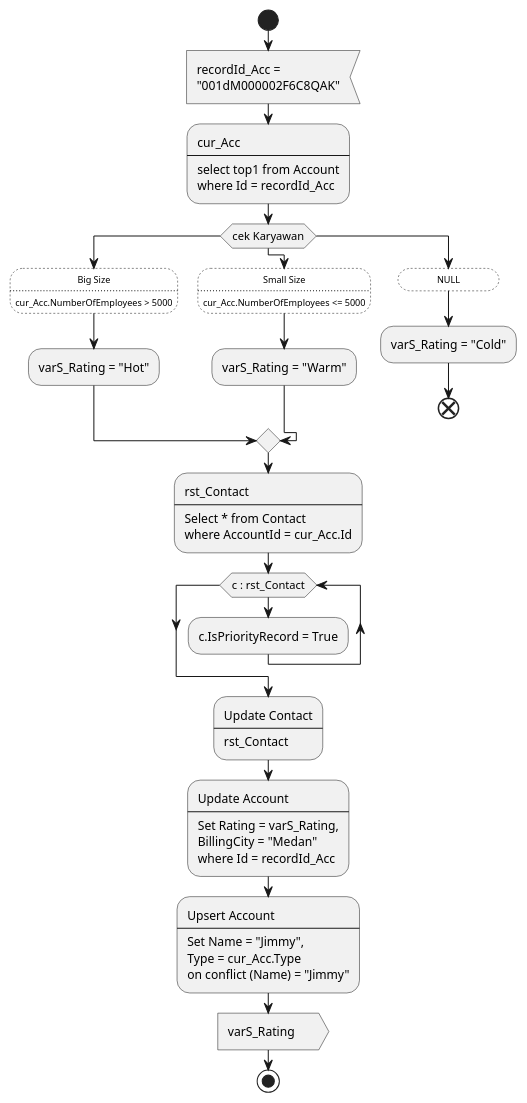
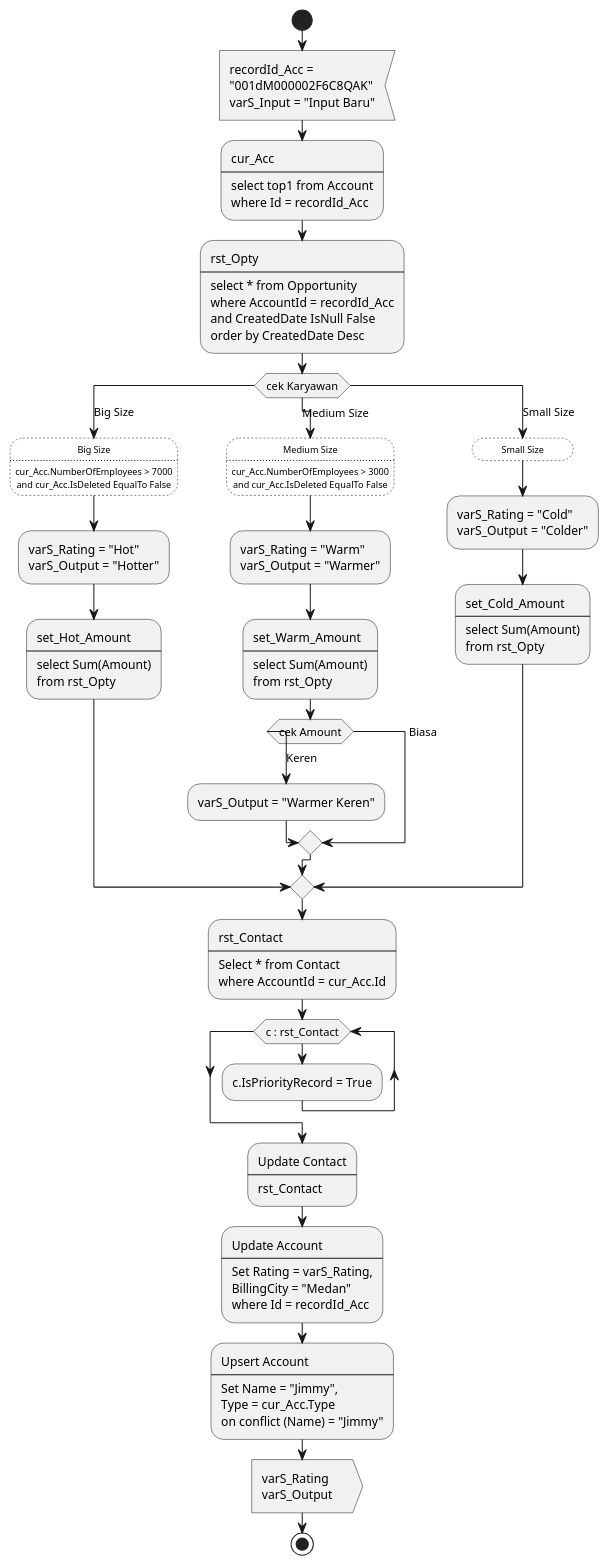
One commit to jimmytobing/meta_to_puml changed the diagram in CAkep.puml. Above: the diagram before and after it, drawn with PlantUML. The commit also changed 10 other files, not shown here.

```diff
--- a/CAkep.puml
+++ b/CAkep.puml
@@ -1,69 +1,106 @@
 @startuml
 <style>
     element {
         MinimumWidth 100
-        MaximumWidth 180
+        MaximumWidth 200
     }
     .kondisi {
         FontSize 9
         Padding 5
         LineStyle 2
         BackGroundColor transparent
         HorizontalAlignment center
     }
 </style>
 skinparam defaultFontName "verdana"
 
 start
-:recordId_Acc = "001dM000002F6C8QAK";<<input>>
+:recordId_Acc = "001dM000002F6C8QAK"
+varS_Input = "Input Baru";<<input>>
 
 :cur_Acc 
 ----
 select top1 from Account 
 where Id = recordId_Acc;
 
+:rst_Opty 
+----
+select * from Opportunity 
+where AccountId = recordId_Acc
+and CreatedDate IsNull False
+order by CreatedDate Desc;
+
 switch (cek Karyawan)
-case ()
+case (Big Size)
     :Big Size
     ....
-    cur_Acc.NumberOfEmployees > 5000;<<kondisi>>
-    :varS_Rating = "Hot"; 
-case ()
-    :Small Size
+    cur_Acc.NumberOfEmployees > 7000
+    and cur_Acc.IsDeleted EqualTo False;<<kondisi>>
+    
+    :varS_Rating = "Hot"
+    varS_Output = "Hotter"; 
+
+    :set_Hot_Amount
+    ----
+    select Sum(Amount)
+    from rst_Opty;
+case (Medium Size)
+    :Medium Size
     ....
-    cur_Acc.NumberOfEmployees <= 5000;<<kondisi>>
-    :varS_Rating = "Warm"; 
-case ()
-    :NULL;<<kondisi>>
-    :varS_Rating = "Cold"; 
-    end
+    cur_Acc.NumberOfEmployees > 3000
+    and cur_Acc.IsDeleted EqualTo False;<<kondisi>>
+    
+    :varS_Rating = "Warm"
+    varS_Output = "Warmer"; 
+
+    :set_Warm_Amount
+    ----
+    select Sum(Amount)
+    from rst_Opty;
+
+    switch(cek Amount)
+        case (Keren)
+            :varS_Output = "Warmer Keren";
+        case (Biasa)
+    endswitch
+case (Small Size)
+    :Small Size;<<kondisi>>
+    
+    :varS_Rating = "Cold"
+    varS_Output = "Colder"; 
+
+    :set_Cold_Amount
+    ----
+    select Sum(Amount)
+    from rst_Opty;
 endswitch
 
 :rst_Contact 
 ----
 Select * from Contact 
 where AccountId = cur_Acc.Id;
 
 while(c : rst_Contact)
     :c.IsPriorityRecord = True;
 endwhile
 
 :Update Contact 
 ----
 rst_Contact;
 
 :Update Account 
 ----
 Set Rating = varS_Rating,
 BillingCity = "Medan"
 where Id = recordId_Acc;
 
 :Upsert Account 
 ----
 Set Name = "Jimmy",
 Type = cur_Acc.Type
 on conflict (Name) = "Jimmy";
 
-:varS_Rating;<<output>>
+:varS_Rating
+varS_Output;<<output>>
 stop
 @enduml
```
